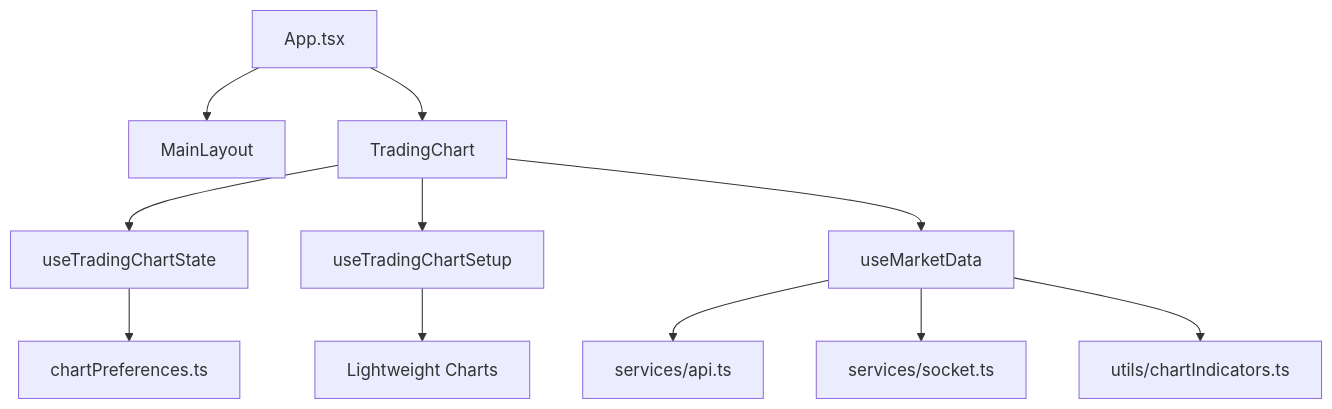
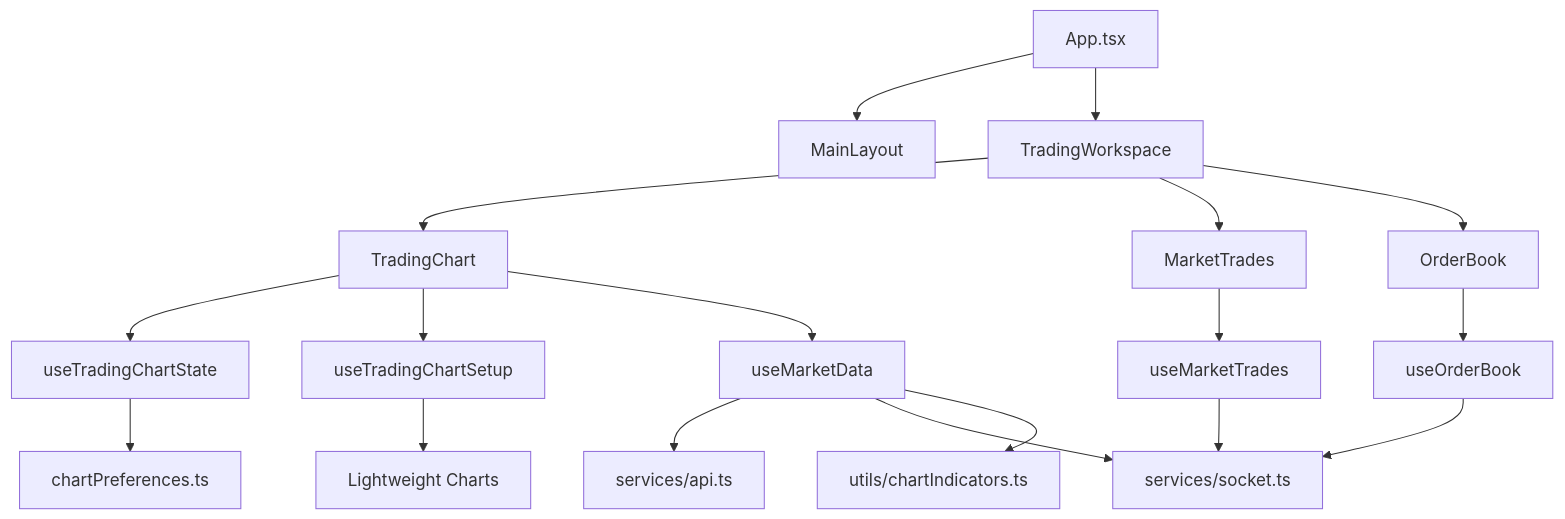
One commit to Zane-Theodore/NexTick changed the first of 2 diagrams in frontend/README.md. Above: the diagram before and after it, drawn with Mermaid. The commit also changed other lines of this file and 3 other files, not shown here.

````diff
--- a/frontend/README.md
+++ b/frontend/README.md
@@ -21,13 +21,18 @@
 ```mermaid
 flowchart TD
   App["App.tsx"] --> Layout["MainLayout"]
-  App --> Chart["TradingChart"]
+  App --> Workspace["TradingWorkspace"]
+  Workspace --> Chart["TradingChart"]
+  Workspace --> Trades["MarketTrades"]
+  Workspace --> Book["OrderBook"]
   Chart --> State["useTradingChartState"]
   Chart --> Setup["useTradingChartSetup"]
   Chart --> MarketData["useMarketData"]
   MarketData --> Api["services/api.ts"]
   MarketData --> Socket["services/socket.ts"]
+  Trades --> TradesHook["useMarketTrades"] --> Socket
+  Book --> BookHook["useOrderBook"] --> Socket
   MarketData --> Indicators["utils/chartIndicators.ts"]
   State --> Preferences["chartPreferences.ts"]
   Setup --> Library["Lightweight Charts"]
 ```
````
